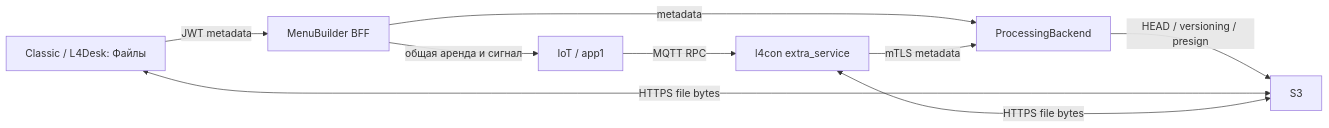
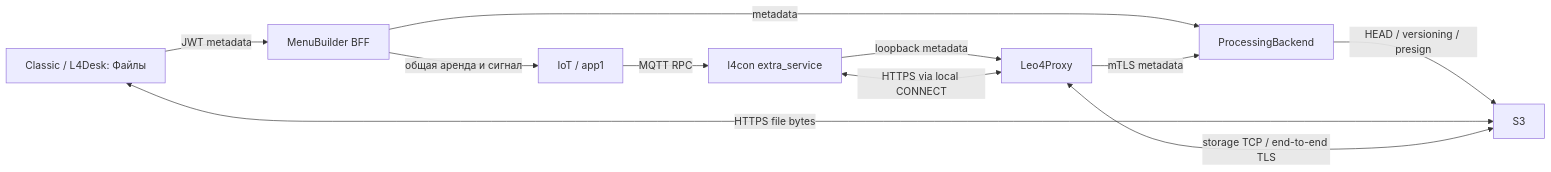
Before and after one commit to OlegLebedevRU/etranprocessing: the diagram in docs/etran_arch-file-manager-remote-windows.md, drawn with Mermaid. The commit also changed other lines of this file and 36 other files, not shown here.

Commit message:
Provision FM automatically and route terminal HTTP through policy-bound Leo4Proxy

````diff
--- a/docs/etran_arch-file-manager-remote-windows.md
+++ b/docs/etran_arch-file-manager-remote-windows.md
@@ -33,11 +33,13 @@
 ```mermaid
 flowchart LR
   UI[Classic / L4Desk: Файлы] -->|JWT metadata| MB[MenuBuilder BFF]
   MB -->|общая аренда и сигнал| IOT[IoT / app1]
   IOT -->|MQTT RPC| A[l4con extra_service]
   MB -->|metadata| PB[ProcessingBackend]
-  A -->|mTLS metadata| PB
+  A -->|loopback metadata| LP[Leo4Proxy]
+  LP -->|mTLS metadata| PB
   PB -->|HEAD / versioning / presign| S3[S3]
   UI <-->|HTTPS file bytes| S3
-  A <-->|HTTPS file bytes| S3
+  A <-->|HTTPS via local CONNECT| LP
+  LP <-->|storage TCP / end-to-end TLS| S3
 ```
````
